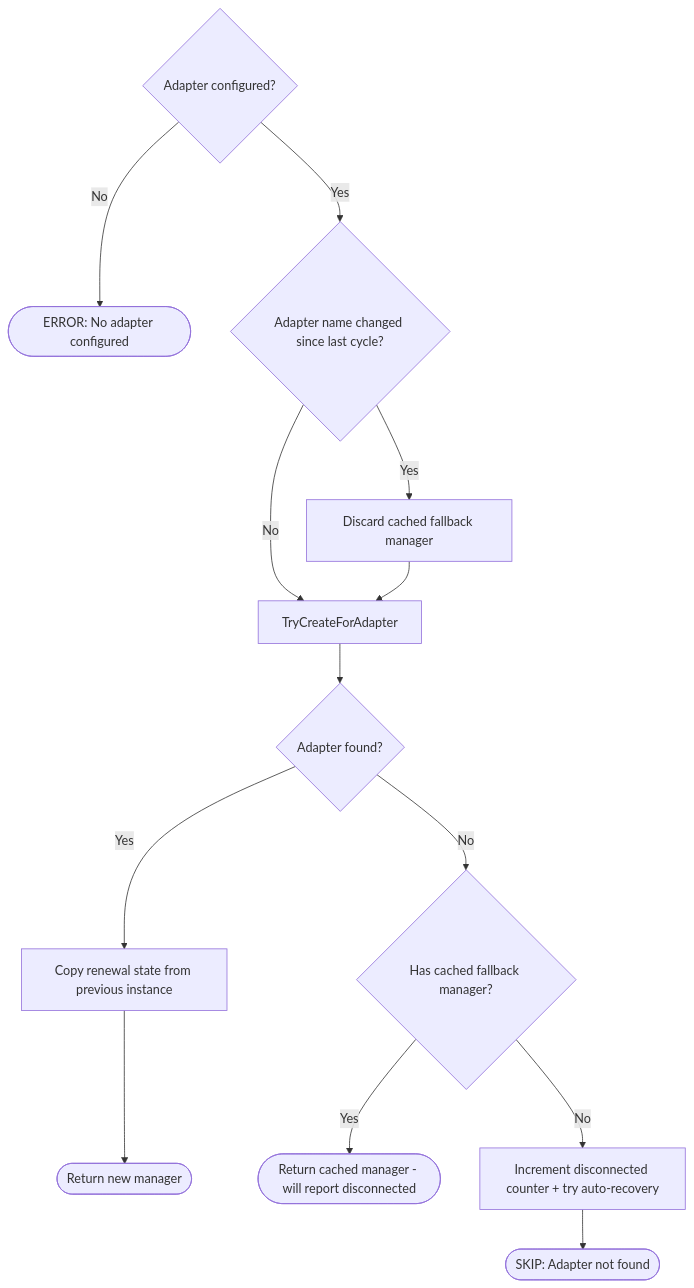
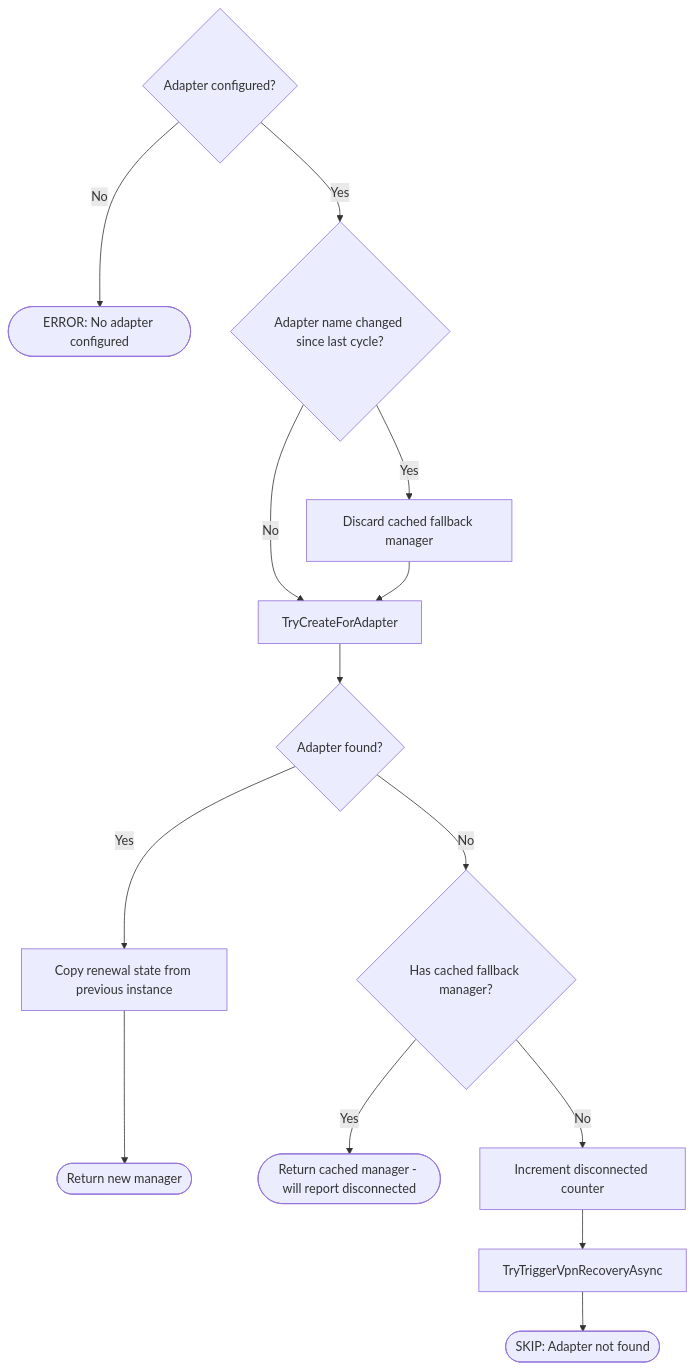
Before and after one commit to martsg666/qbPortWeaver: the second of 2 diagrams in FLOW.md, drawn with Mermaid. The commit also changed other lines of this file, not shown here.

First line of the commit message:
Update flow.md to reflect actual sync cycle logic

````diff
--- a/FLOW.md
+++ b/FLOW.md
@@ -69,15 +76,16 @@
 ```mermaid
 flowchart TD
     A{Adapter configured?} -- No --> ERR([ERROR: No adapter configured])
     A -- Yes --> B{Adapter name changed since last cycle?}
     B -- Yes --> DISCARD[Discard cached fallback manager]
     B -- No --> C
     DISCARD --> C[TryCreateForAdapter]
     C --> D{Adapter found?}
     D -- Yes --> COPY[Copy renewal state from previous instance]
     COPY --> RETURN([Return new manager])
     D -- No --> E{Has cached fallback manager?}
     E -- Yes --> FALLBACK([Return cached manager - will report disconnected])
-    E -- No --> F[Increment disconnected counter + try auto-recovery]
-    F --> SKIP_STATUS([SKIP: Adapter not found])
+    E -- No --> F[Increment disconnected counter]
+    F --> G[TryTriggerVpnRecoveryAsync]
+    G --> SKIP_STATUS([SKIP: Adapter not found])
 ```
````
